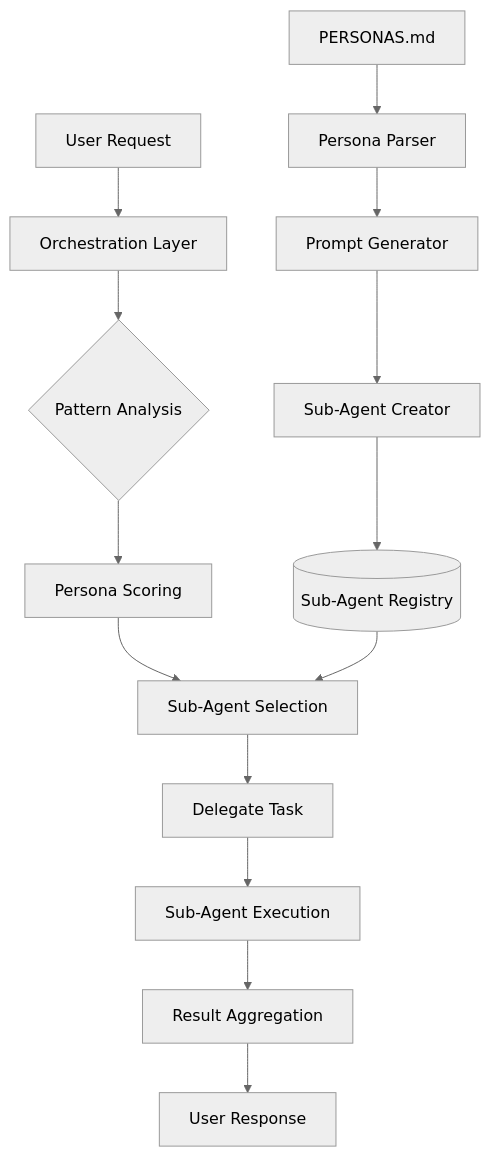
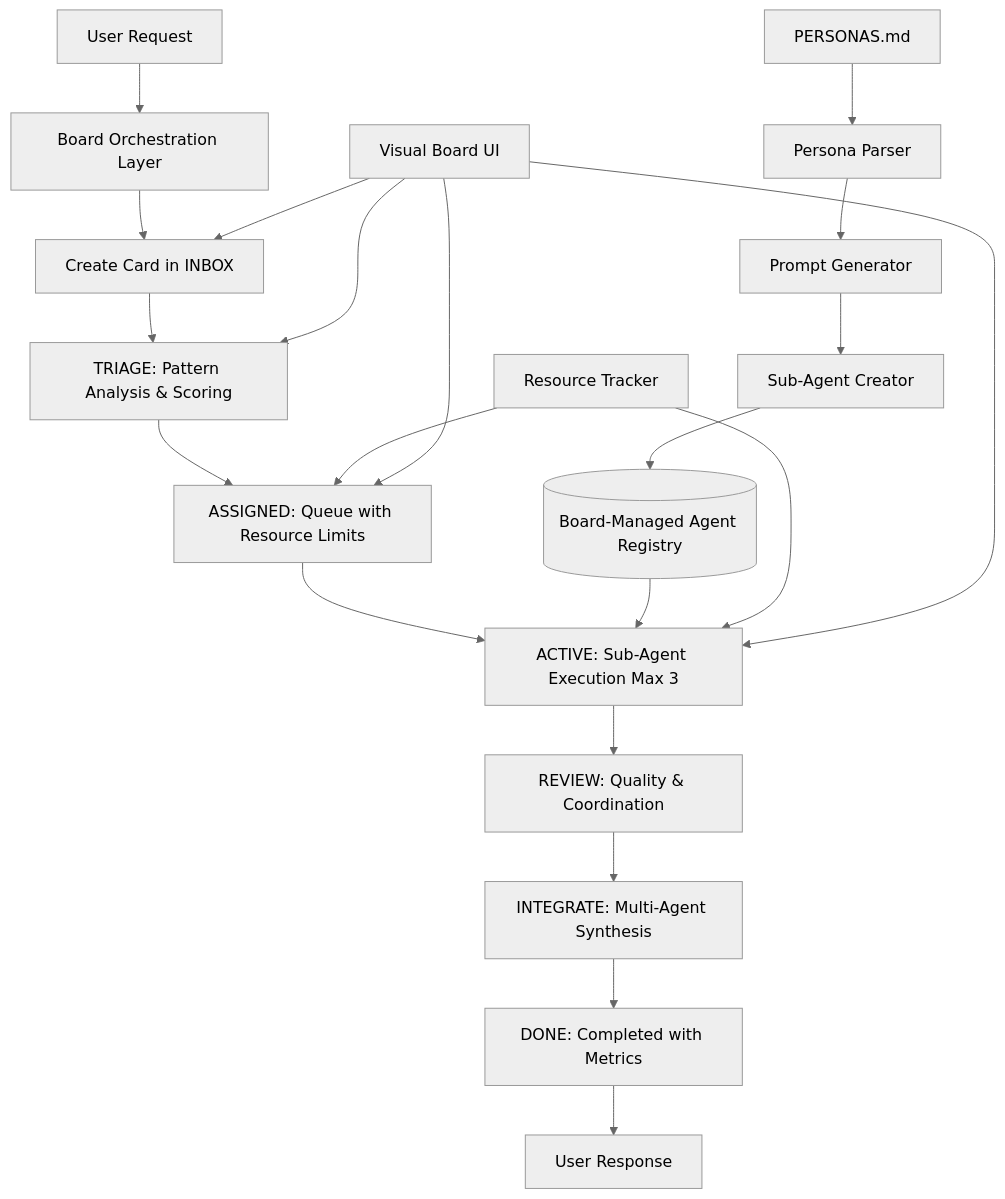
The diagram in P2SA_Framework_Design.md (SuperClaude-Org/SuperClaude_Framework), drawn with Mermaid (neutral theme) before and after one commit. The commit also changed other lines of this file and 2 other files, not shown here.

Commit message:
Design board style orchestration, unified implementation plan

````diff
--- a/P2SA_Framework_Design.md
+++ b/P2SA_Framework_Design.md
@@ -12,17 +14,25 @@
 ```mermaid
 graph TD
-    A[User Request] --> B[Orchestration Layer]
-    B --> C{Pattern Analysis}
-    C --> D[Persona Scoring]
-    D --> E[Sub-Agent Selection]
-    E --> F[Delegate Task]
-    F --> G[Sub-Agent Execution]
-    G --> H[Result Aggregation]
-    H --> I[User Response]
+    A[User Request] --> B[Board Orchestration Layer]
+    B --> C[Create Card in INBOX]
+    C --> D[TRIAGE: Pattern Analysis & Scoring]
+    D --> E[ASSIGNED: Queue with Resource Limits]
+    E --> F[ACTIVE: Sub-Agent Execution Max 3]
+    F --> G[REVIEW: Quality & Coordination]
+    G --> H[INTEGRATE: Multi-Agent Synthesis]
+    H --> I[DONE: Completed with Metrics]
+    I --> J[User Response]
     
-    J[PERSONAS.md] --> K[Persona Parser]
-    K --> L[Prompt Generator]
-    L --> M[Sub-Agent Creator]
-    M --> N[(Sub-Agent Registry)]
-    N --> E
+    K[PERSONAS.md] --> L[Persona Parser]
+    L --> M[Prompt Generator]
+    M --> N[Sub-Agent Creator]
+    N --> O[(Board-Managed Agent Registry)]
+    O --> F
+    
+    P[Resource Tracker] --> E
+    P --> F
+    Q[Visual Board UI] --> C
+    Q --> D
+    Q --> E
+    Q --> F
 ```
````
